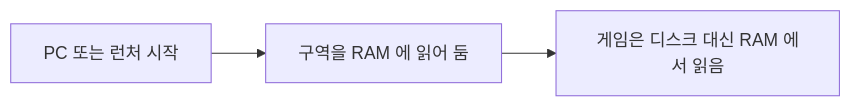
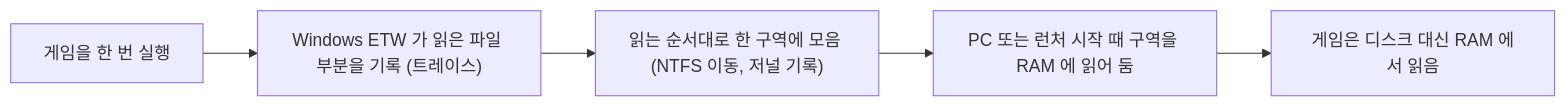
The first of 2 diagrams in README.ko.md (DO0OG/AsterCache), drawn with Mermaid before and after one commit. The commit also changed other lines of this file and 27 other files, not shown here.

````diff
--- a/README.ko.md
+++ b/README.ko.md
@@ -90,4 +129,4 @@
 ```mermaid
 flowchart LR
-    A["PC 또는 런처 시작"] --> B["구역을 RAM 에 읽어 둠"] --> C["게임은 디스크 대신 RAM 에서 읽음"]
+    A["게임을 한 번 실행"] --> B["Windows ETW 가 읽은 파일 부분을 기록 (트레이스)"] --> C["읽는 순서대로 한 구역에 모음 (NTFS 이동, 저널 기록)"] --> D["PC 또는 런처 시작 때 구역을 RAM 에 읽어 둠"] --> E["게임은 디스크 대신 RAM 에서 읽음"]
 ```
````
